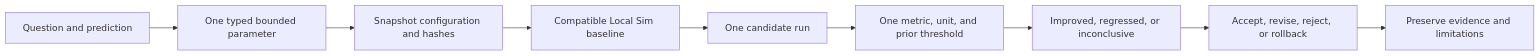
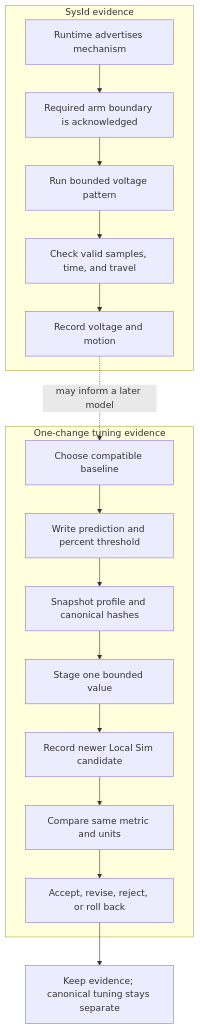
One commit to ARES-23247/ARESWEB changed the diagram in content/learning/testing-debugging/05-sysid-tuning.md. Above: the diagram before and after it, drawn with Mermaid. The commit also changed other lines of this file and 7 other files, not shown here.

Commit message:
docs(academy): correct SysId tuning lesson

````diff
--- a/content/learning/testing-debugging/05-sysid-tuning.md
+++ b/content/learning/testing-debugging/05-sysid-tuning.md
@@ -43,12 +88,20 @@
 ```mermaid
-%% aria: A question and prediction lead to one typed parameter inside declared bounds. A configuration snapshot and Local Sim baseline lead to one candidate run. One compatible metric is compared against a threshold declared before the run. The student records improved, regressed, or inconclusive, then accepts, revises, rejects, or rolls back while preserving evidence.
-flowchart LR
-  Q["Question and prediction"] --> P["One typed bounded parameter"]
-  P --> S["Snapshot configuration and hashes"]
-  S --> B["Compatible Local Sim baseline"]
-  B --> C["One candidate run"]
-  C --> M["One metric, unit, and prior threshold"]
-  M --> R["Improved, regressed, or inconclusive"]
-  R --> D["Accept, revise, reject, or rollback"]
-  D --> E["Preserve evidence and limitations"]
+%% aria: SysId and tuning are separate evidence paths. The SysId path checks an advertised capability and arm boundary before a bounded routine records voltage and motion. The tuning path starts from a compatible baseline, snapshots configuration, stages one bounded value, records a newer Local Sim candidate, compares a percentage against a prior threshold, and preserves a decision. Neither path silently edits canonical tuning.
+flowchart TB
+  subgraph S["SysId evidence"]
+    C["Runtime advertises mechanism"] --> A["Required arm boundary is acknowledged"]
+    A --> R["Run bounded voltage pattern"]
+    R --> G["Check valid samples, time, and travel"]
+    G --> L["Record voltage and motion"]
+  end
+  subgraph T["One-change tuning evidence"]
+    B["Choose compatible baseline"] --> P["Write prediction and percent threshold"]
+    P --> H["Snapshot profile and canonical hashes"]
+    H --> O["Stage one bounded value"]
+    O --> N["Record newer Local Sim candidate"]
+    N --> M["Compare same metric and units"]
+    M --> D["Accept, revise, reject, or roll back"]
+  end
+  L -. "may inform a later model" .-> B
+  D --> E["Keep evidence; canonical tuning stays separate"]
 ```
````
